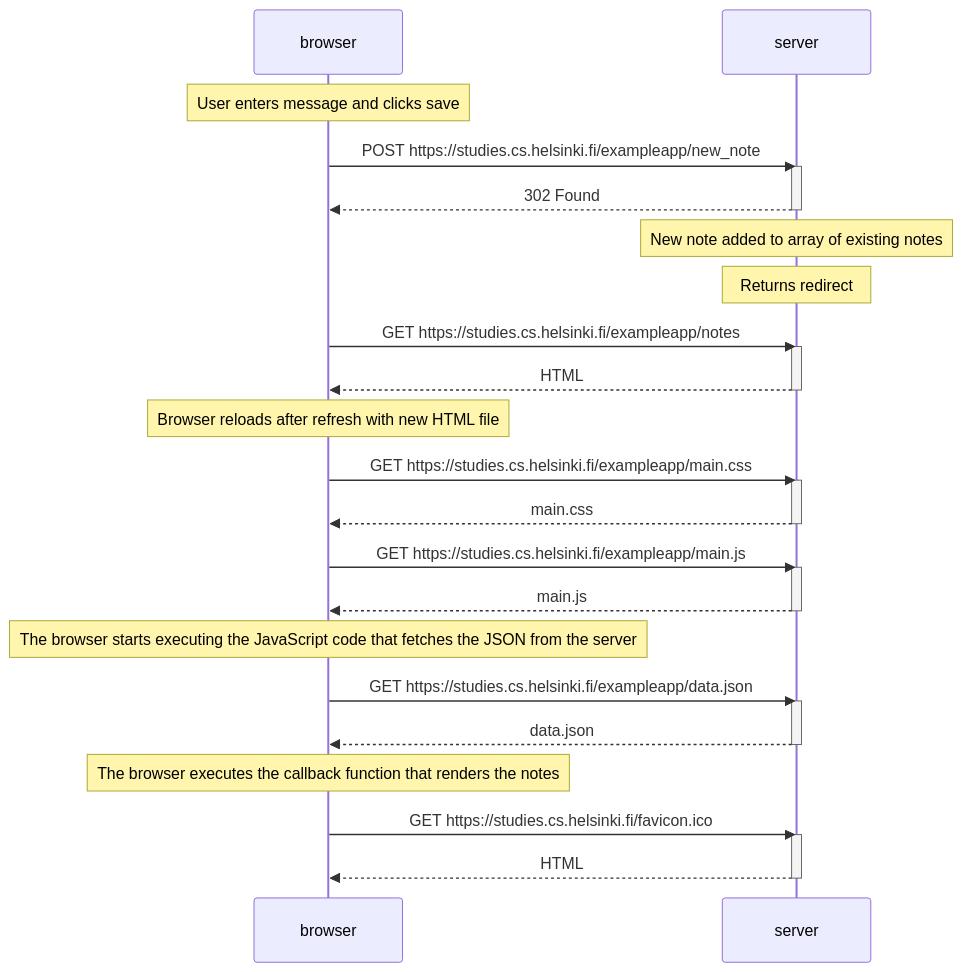
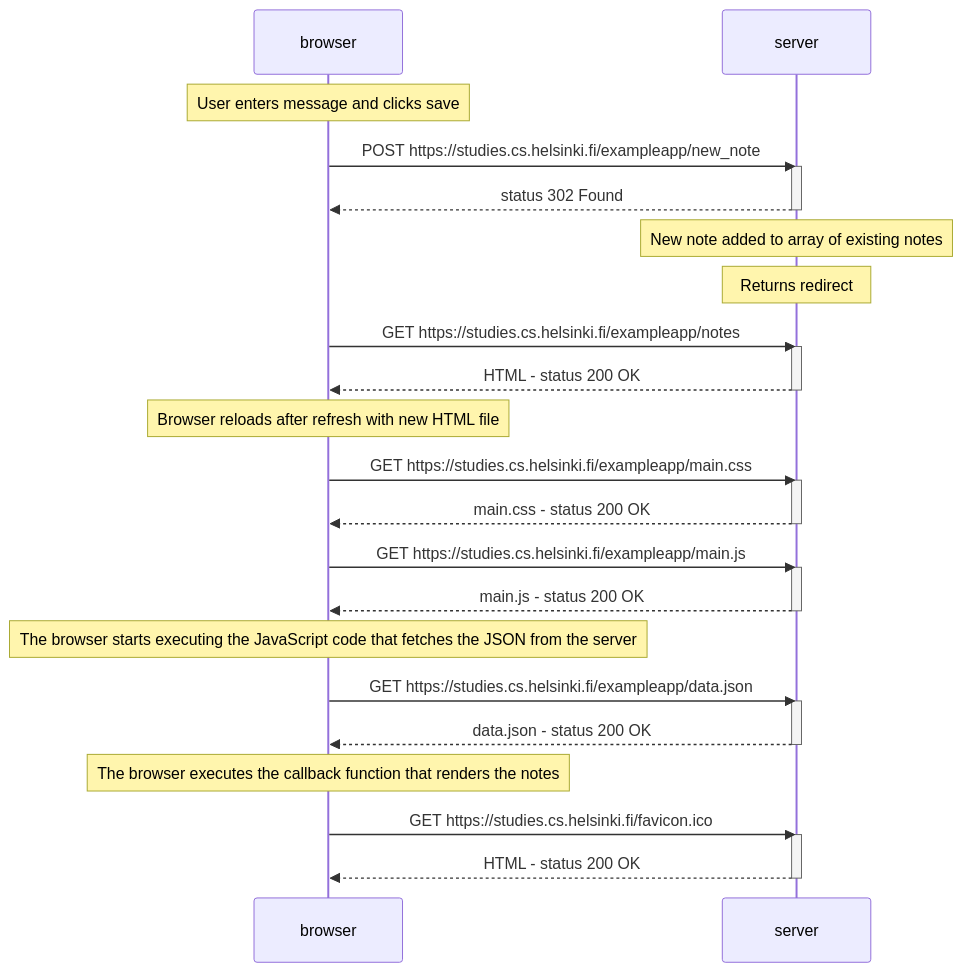
One commit to joekbullard/helsinki-mooc changed the diagram in part0/0.4.md. Above: the diagram before and after it, drawn with Mermaid.

````diff
--- a/part0/0.4.md
+++ b/part0/0.4.md
@@ -1,48 +1,48 @@
 ```mermaid
 sequenceDiagram
     participant browser
     participant server
     
     Note over browser: User enters message and clicks save
     
     browser->>server: POST https://studies.cs.helsinki.fi/exampleapp/new_note
     activate server
-    server-->>browser: 302 Found
+    server-->>browser: status 302 Found
     deactivate server
     
     Note over server: New note added to array of existing notes
     
     Note over server: Returns redirect
     
     browser->>server: GET https://studies.cs.helsinki.fi/exampleapp/notes
     activate server
-    server-->>browser: HTML
+    server-->>browser: HTML - status 200 OK
     deactivate server
     
     Note over browser: Browser reloads after refresh with new HTML file
     
     browser->>server: GET https://studies.cs.helsinki.fi/exampleapp/main.css
     activate server
-    server-->>browser: main.css
+    server-->>browser: main.css - status 200 OK
     deactivate server
 
     browser->>server: GET https://studies.cs.helsinki.fi/exampleapp/main.js
     activate server
-    server-->>browser: main.js
+    server-->>browser: main.js - status 200 OK
     deactivate server
     
     Note over browser: The browser starts executing the JavaScript code that fetches the JSON from the server
     
     browser->>server: GET https://studies.cs.helsinki.fi/exampleapp/data.json
     activate server
-    server-->>browser: data.json
+    server-->>browser: data.json - status 200 OK
     deactivate server
     
     Note over browser: The browser executes the callback function that renders the notes
     
     browser->>server: GET https://studies.cs.helsinki.fi/favicon.ico
     activate server
-    server-->>browser: HTML
+    server-->>browser: HTML - status 200 OK
     deactivate server
 
 ```    
````
